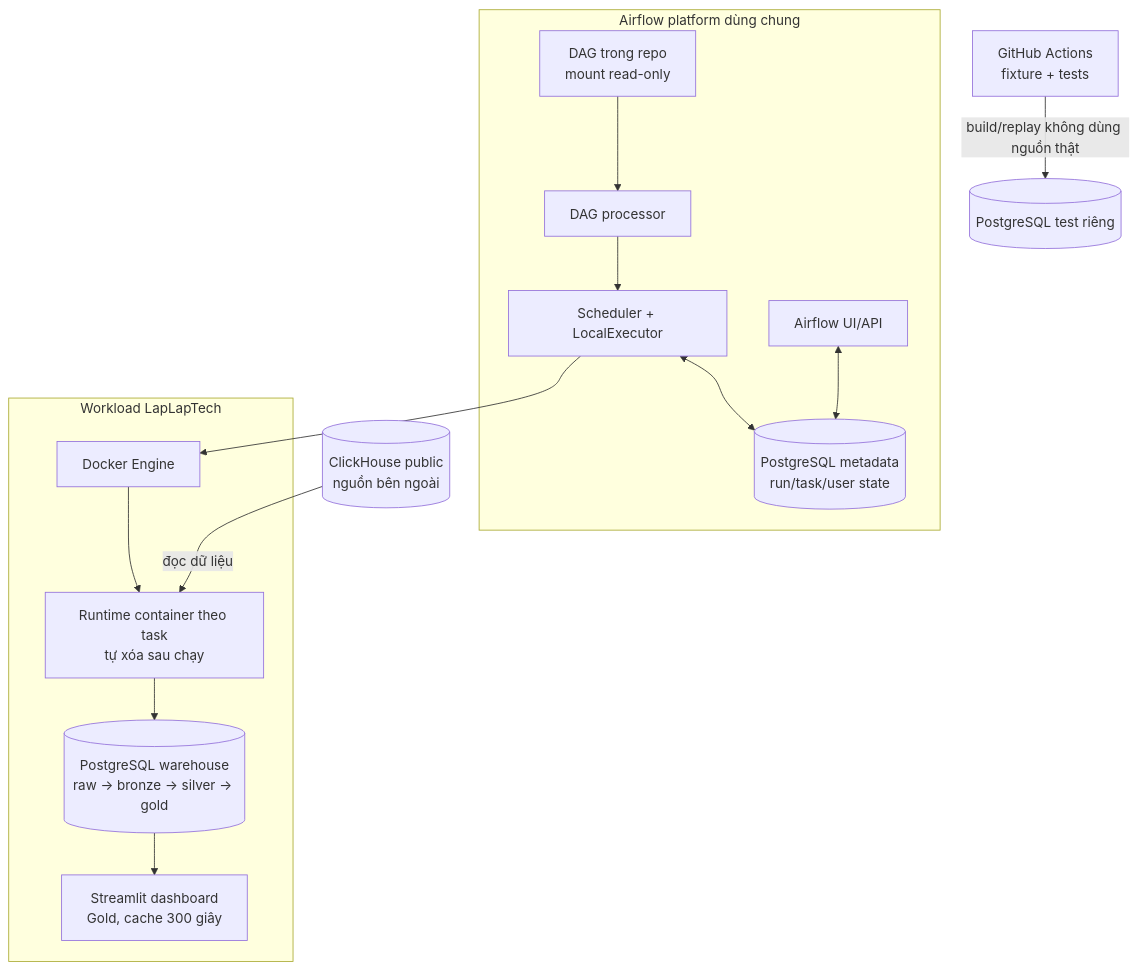
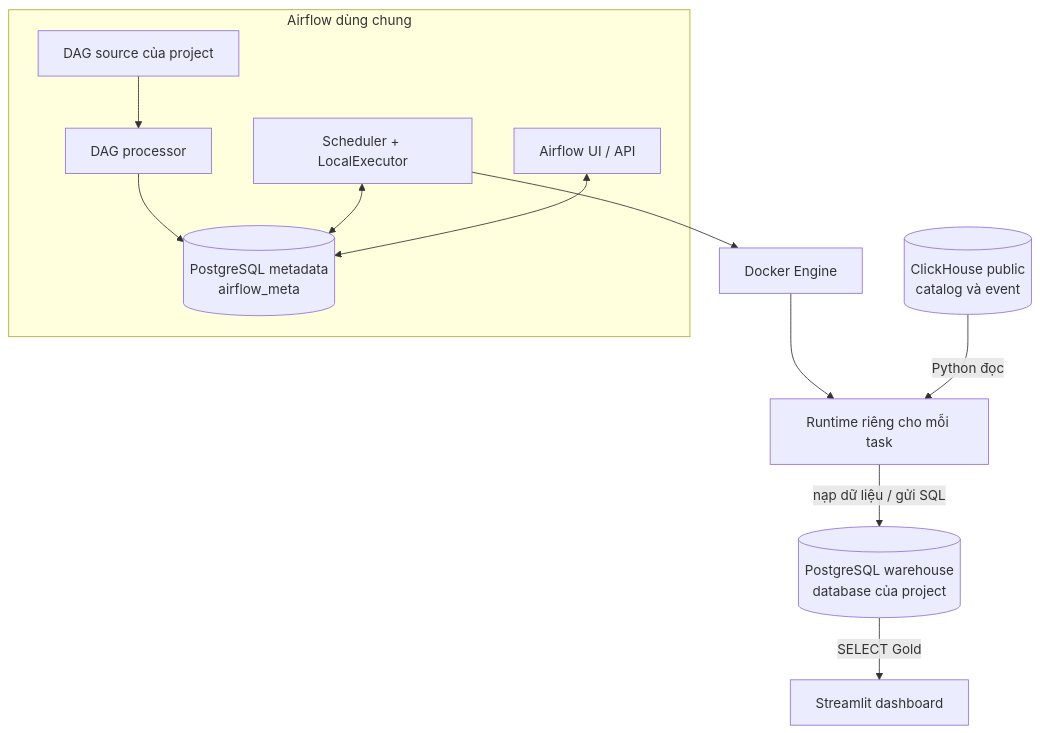
One commit to PhucTruong11/laplaptech_pipeline changed the first of 13 diagrams in docs/architecture/data_flow.md. Above: the diagram before and after it, drawn with Mermaid. The commit also changed other lines of this file and 1 other file, not shown here.

Commit message:
Complement data_flow & roadmap

````diff
--- a/docs/architecture/data_flow.md
+++ b/docs/architecture/data_flow.md
@@ -7,22 +30,15 @@
 ```mermaid
 flowchart TB
-    CH[(ClickHouse public<br/>nguồn bên ngoài)]
-    CI[GitHub Actions<br/>fixture + tests]
-    TESTDB[(PostgreSQL test riêng)]
-    subgraph PLATFORM[Airflow platform dùng chung]
-        DAG[DAG trong repo<br/>mount read-only] --> PROC[DAG processor]
-        PROC --> SCH[Scheduler + LocalExecutor]
-        META[(PostgreSQL metadata<br/>run/task/user state)]
-        SCH <--> META
-        API[Airflow UI/API] <--> META
+    CH[("ClickHouse public<br/>catalog và event")]
+    subgraph CONTROL["Airflow dùng chung"]
+        DAG["DAG source của project"] --> DP["DAG processor"]
+        DP --> META[("PostgreSQL metadata<br/>airflow_meta")]
+        SCH["Scheduler + LocalExecutor"] <--> META
+        UI["Airflow UI / API"] <--> META
     end
-    ENGINE[Docker Engine]
-    SCH --> ENGINE
-    subgraph LAP[Workload LapLapTech]
-        ENGINE --> RT[Runtime container theo task<br/>tự xóa sau chạy]
-        RT --> WH[(PostgreSQL warehouse<br/>raw → bronze → silver → gold)]
-        WH --> DASH[Streamlit dashboard<br/>Gold, cache 300 giây]
-    end
-    CH -->|đọc dữ liệu| RT
-    CI -->|build/replay không dùng nguồn thật| TESTDB
+    SCH --> ENGINE["Docker Engine"]
+    ENGINE --> RT["Runtime riêng cho mỗi task"]
+    CH -->|"Python đọc"| RT
+    RT -->|"nạp dữ liệu / gửi SQL"| WH[("PostgreSQL warehouse<br/>database của project")]
+    WH -->|"SELECT Gold"| DASH["Streamlit dashboard"]
 ```
````
